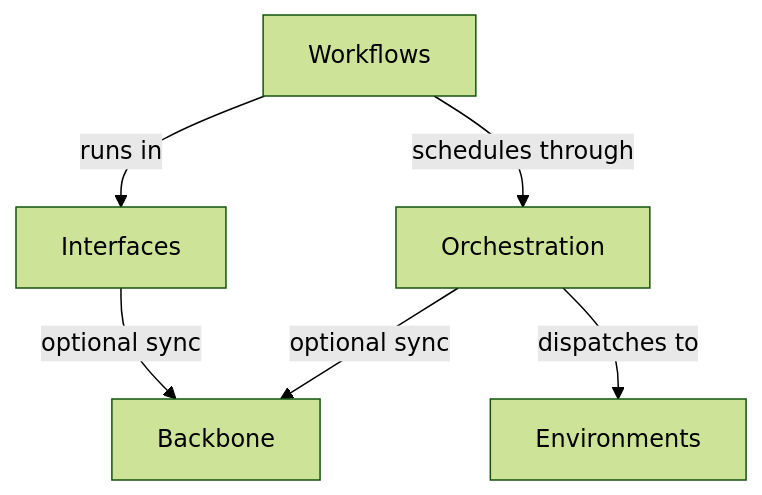
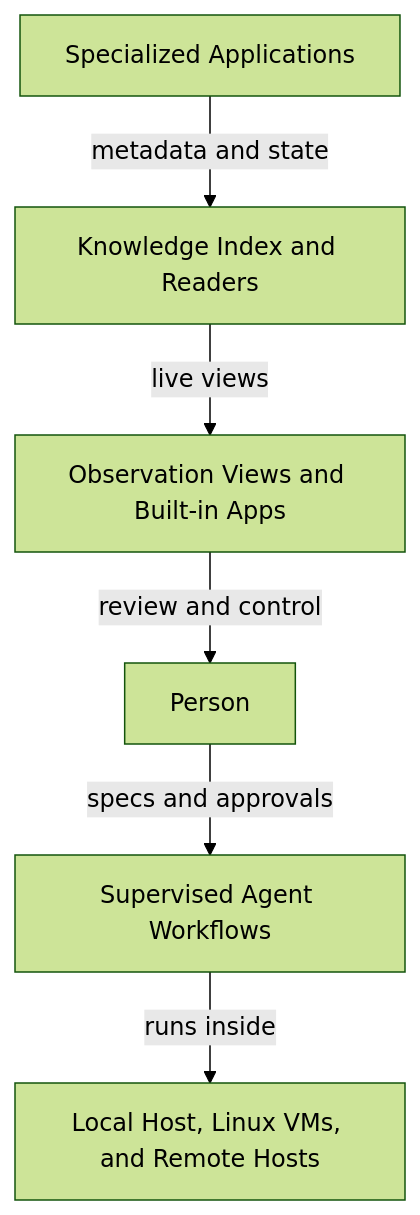
The diagram in docs/introduction/direction.md (AhmedKhan-GH/astrolabe), drawn with Mermaid (forest theme) before and after one commit. The commit also changed other lines of this file and 5 other files, not shown here.

Commit message:
Remove open-core page and rewrite Introduction and Architecture docs

````diff
--- a/docs/introduction/direction.md
+++ b/docs/introduction/direction.md
@@ -9,8 +9,8 @@
 ```mermaid
 flowchart TB
-    workflows[Workflows] -->|runs in| interfaces[Interfaces]
-    workflows -->|schedules through| orchestration[Orchestration]
-    orchestration -->|dispatches to| environments[Environments]
-    interfaces -->|optional sync| backbone[Backbone]
-    orchestration -->|optional sync| backbone
+    apps[Specialized Applications] -->|metadata and state| index[Knowledge Index and Readers]
+    index -->|live views| views[Observation Views and Built-in Apps]
+    views -->|review and control| person[Person]
+    person -->|specs and approvals| agents[Supervised Agent Workflows]
+    agents -->|runs inside| envs["Local Host, Linux VMs, and Remote Hosts"]
 ```
````
